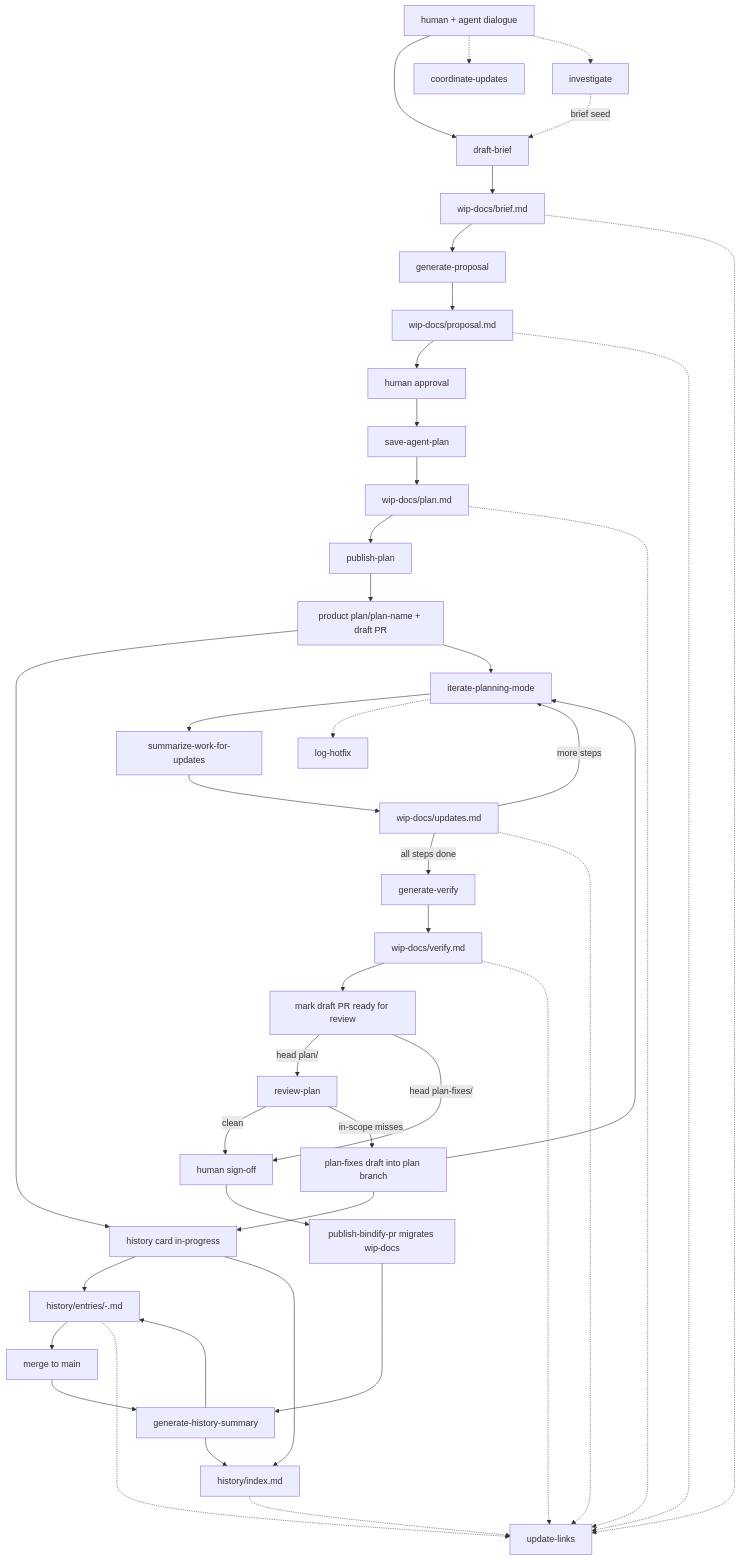
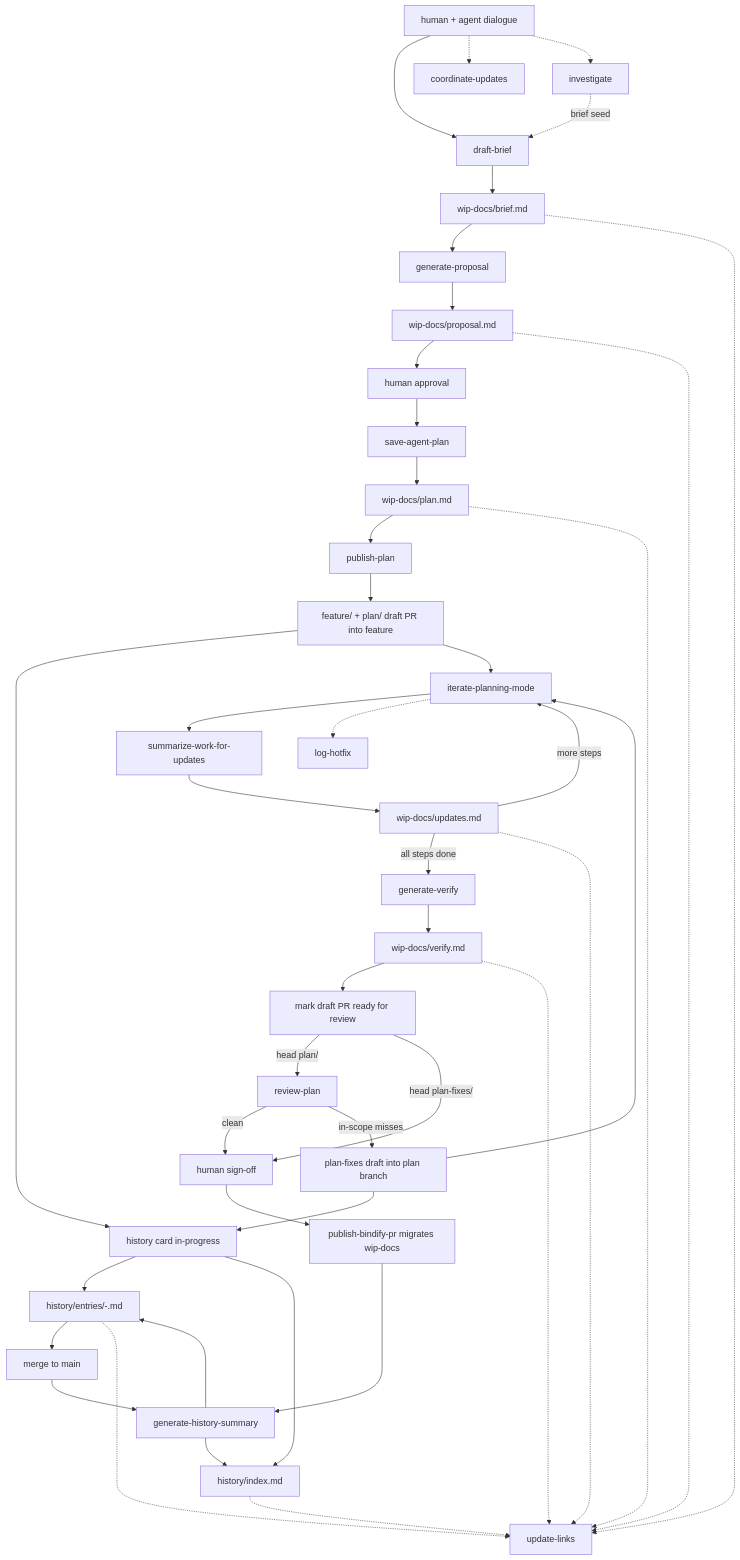
The diagram in bindify/SKILL.md (den-ree/blanche-skills), drawn with Mermaid before and after one commit. The commit also changed other lines of this file and 6 other files, not shown here.

Commit message:
Stack plan PRs on a feature branch instead of main or release.

````diff
--- a/bindify/SKILL.md
+++ b/bindify/SKILL.md
@@ -54,77 +54,77 @@
 ```mermaid
 flowchart TD
     dialogue["human + agent dialogue"]
     draftBrief["draft-brief"]
     briefMd["wip-docs/brief.md"]
     genProposal["generate-proposal"]
     proposalMd["wip-docs/proposal.md"]
     humanApproval["human approval"]
     savePlan["save-agent-plan"]
     planMd["wip-docs/plan.md"]
     publishPlan["publish-plan"]
-    planBranch["product plan/plan-name + draft PR"]
+    planBranch["feature/ + plan/ draft PR into feature"]
     historyInProgress["history card in-progress"]
     iterate["iterate-planning-mode"]
     summarize["summarize-work-for-updates"]
     updatesMd["wip-docs/updates.md"]
     genVerify["generate-verify"]
     verifyMd["wip-docs/verify.md"]
     prReady["mark draft PR ready for review"]
     reviewPlan["review-plan"]
     fixesDraft["plan-fixes draft into plan branch"]
     migrate["publish-bindify-pr migrates wip-docs"]
     genHistory["generate-history-summary"]
     historyIndex["history/index.md"]
     historyEntry["history/entries/<date>-<slug>.md"]
     humanSignoff["human sign-off"]
     mergeMain["merge to main"]
 
     coordinate["coordinate-updates"]
     investigate["investigate"]
     logHotfix["log-hotfix"]
     updateLinks["update-links"]
 
     dialogue --> draftBrief
     draftBrief --> briefMd
     briefMd --> genProposal
     genProposal --> proposalMd
     proposalMd --> humanApproval
     humanApproval --> savePlan
     savePlan --> planMd
     planMd --> publishPlan
     publishPlan --> planBranch
     planBranch --> historyInProgress
     historyInProgress --> historyEntry
     historyInProgress --> historyIndex
     planBranch --> iterate
     iterate --> summarize
     summarize --> updatesMd
     updatesMd -->|"more steps"| iterate
     updatesMd -->|"all steps done"| genVerify
     genVerify --> verifyMd
     verifyMd --> prReady
     prReady -->|"head plan/"| reviewPlan
     prReady -->|"head plan-fixes/"| humanSignoff
     reviewPlan -->|"clean"| humanSignoff
     reviewPlan -->|"in-scope misses"| fixesDraft
     fixesDraft --> historyInProgress
     fixesDraft --> iterate
     humanSignoff --> migrate
     migrate --> genHistory
     genHistory --> historyEntry
     genHistory --> historyIndex
     historyEntry --> mergeMain
     mergeMain --> genHistory
 
     dialogue -.-> coordinate
     dialogue -.-> investigate
     investigate -.->|"brief seed"| draftBrief
     iterate -.-> logHotfix
     briefMd -.-> updateLinks
     proposalMd -.-> updateLinks
     planMd -.-> updateLinks
     updatesMd -.-> updateLinks
     verifyMd -.-> updateLinks
     historyIndex -.-> updateLinks
     historyEntry -.-> updateLinks
 ```
````
